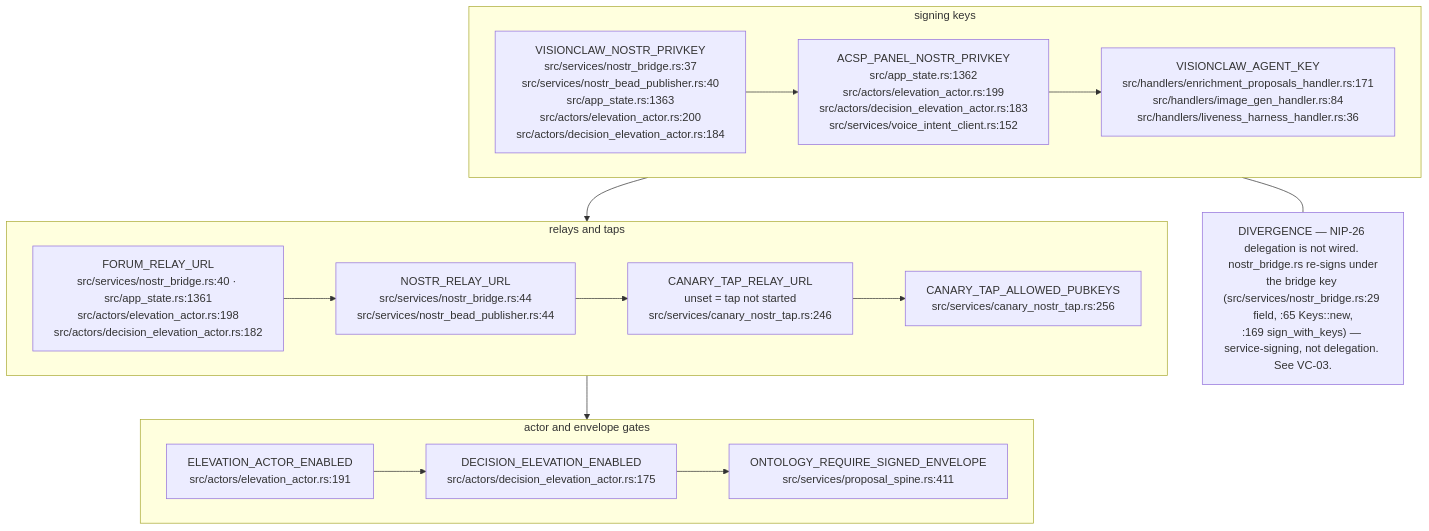
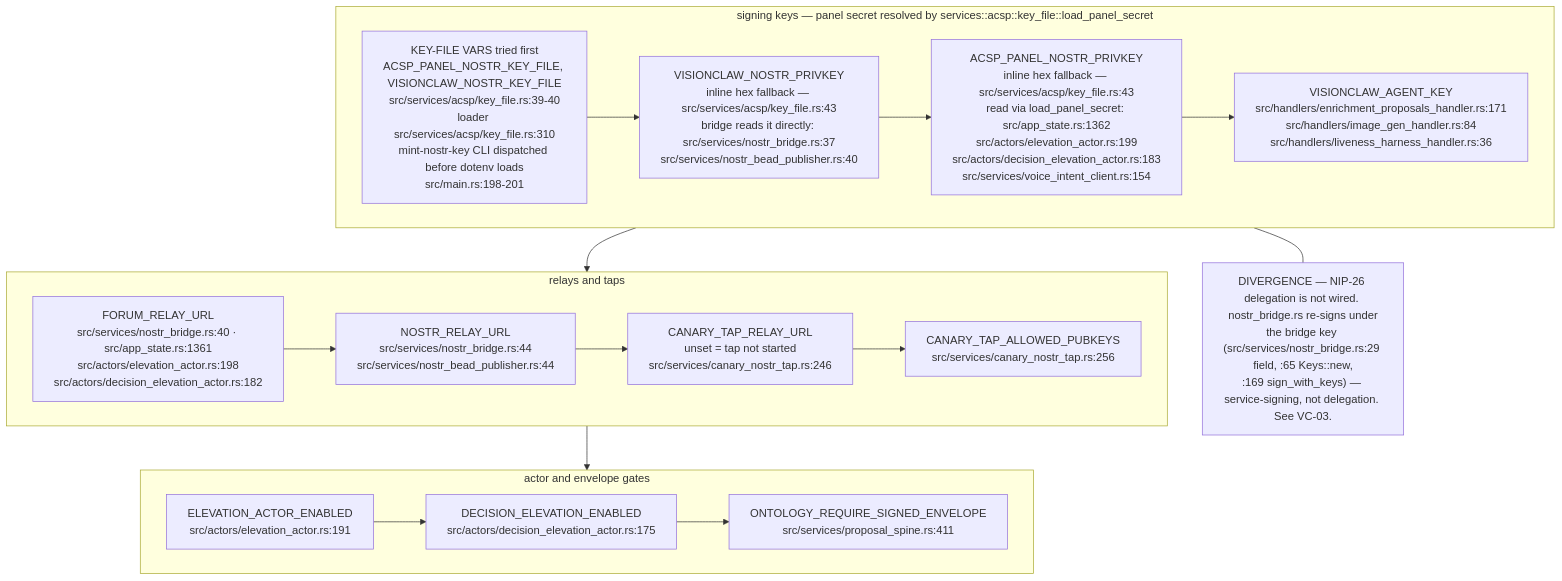
The tenth of 15 diagrams in docs/diagrams/visionclaw/09-config-and-env-flags.md (DreamLab-AI/VisionFlow), drawn with Mermaid before and after one commit. The commit also changed other lines of this file and 111 other files, not shown here.

Commit message:
docs(diagrams): align estate maps with current source

````diff
--- a/docs/diagrams/visionclaw/09-config-and-env-flags.md
+++ b/docs/diagrams/visionclaw/09-config-and-env-flags.md
@@ -431,15 +432,15 @@
 ```mermaid
 flowchart TB
-    subgraph KEYS["signing keys"]
-        K1["VISIONCLAW_NOSTR_PRIVKEY<br/>src/services/nostr_bridge.rs:37<br/>src/services/nostr_bead_publisher.rs:40<br/>src/app_state.rs:1363<br/>src/actors/elevation_actor.rs:200<br/>src/actors/decision_elevation_actor.rs:184"] --> K2["ACSP_PANEL_NOSTR_PRIVKEY<br/>src/app_state.rs:1362<br/>src/actors/elevation_actor.rs:199<br/>src/actors/decision_elevation_actor.rs:183<br/>src/services/voice_intent_client.rs:152"] --> K3["VISIONCLAW_AGENT_KEY<br/>src/handlers/enrichment_proposals_handler.rs:171<br/>src/handlers/image_gen_handler.rs:84<br/>src/handlers/liveness_harness_handler.rs:36"]
+    subgraph KEYS["signing keys — panel secret resolved by services::acsp::key_file::load_panel_secret"]
+        K0["KEY-FILE VARS tried first<br/>ACSP_PANEL_NOSTR_KEY_FILE, VISIONCLAW_NOSTR_KEY_FILE<br/>src/services/acsp/key_file.rs:39-40<br/>loader src/services/acsp/key_file.rs:310<br/>mint-nostr-key CLI dispatched before dotenv loads<br/>src/main.rs:198-201"] --> K1["VISIONCLAW_NOSTR_PRIVKEY<br/>inline hex fallback — src/services/acsp/key_file.rs:43<br/>bridge reads it directly: src/services/nostr_bridge.rs:37<br/>src/services/nostr_bead_publisher.rs:40"] --> K2["ACSP_PANEL_NOSTR_PRIVKEY<br/>inline hex fallback — src/services/acsp/key_file.rs:43<br/>read via load_panel_secret: src/app_state.rs:1362<br/>src/actors/elevation_actor.rs:199<br/>src/actors/decision_elevation_actor.rs:183<br/>src/services/voice_intent_client.rs:154"] --> K3["VISIONCLAW_AGENT_KEY<br/>src/handlers/enrichment_proposals_handler.rs:171<br/>src/handlers/image_gen_handler.rs:84<br/>src/handlers/liveness_harness_handler.rs:36"]
     end
     subgraph RELAYS["relays and taps"]
         R1["FORUM_RELAY_URL<br/>src/services/nostr_bridge.rs:40 · src/app_state.rs:1361<br/>src/actors/elevation_actor.rs:198<br/>src/actors/decision_elevation_actor.rs:182"] --> R2["NOSTR_RELAY_URL<br/>src/services/nostr_bridge.rs:44<br/>src/services/nostr_bead_publisher.rs:44"] --> R3["CANARY_TAP_RELAY_URL<br/>unset = tap not started<br/>src/services/canary_nostr_tap.rs:246"] --> R4["CANARY_TAP_ALLOWED_PUBKEYS<br/>src/services/canary_nostr_tap.rs:256"]
     end
     subgraph GATES["actor and envelope gates"]
         G1["ELEVATION_ACTOR_ENABLED<br/>src/actors/elevation_actor.rs:191"] --> G2["DECISION_ELEVATION_ENABLED<br/>src/actors/decision_elevation_actor.rs:175"] --> G3["ONTOLOGY_REQUIRE_SIGNED_ENVELOPE<br/>src/services/proposal_spine.rs:411"]
     end
     KEYS --> RELAYS --> GATES
     N3["DIVERGENCE — NIP-26 delegation is not wired. nostr_bridge.rs re-signs under<br/>the bridge key (src/services/nostr_bridge.rs:29 field, :65 Keys::new,<br/>:169 sign_with_keys) — service-signing, not delegation. See VC-03."]
     KEYS --- N3
 ```
````
